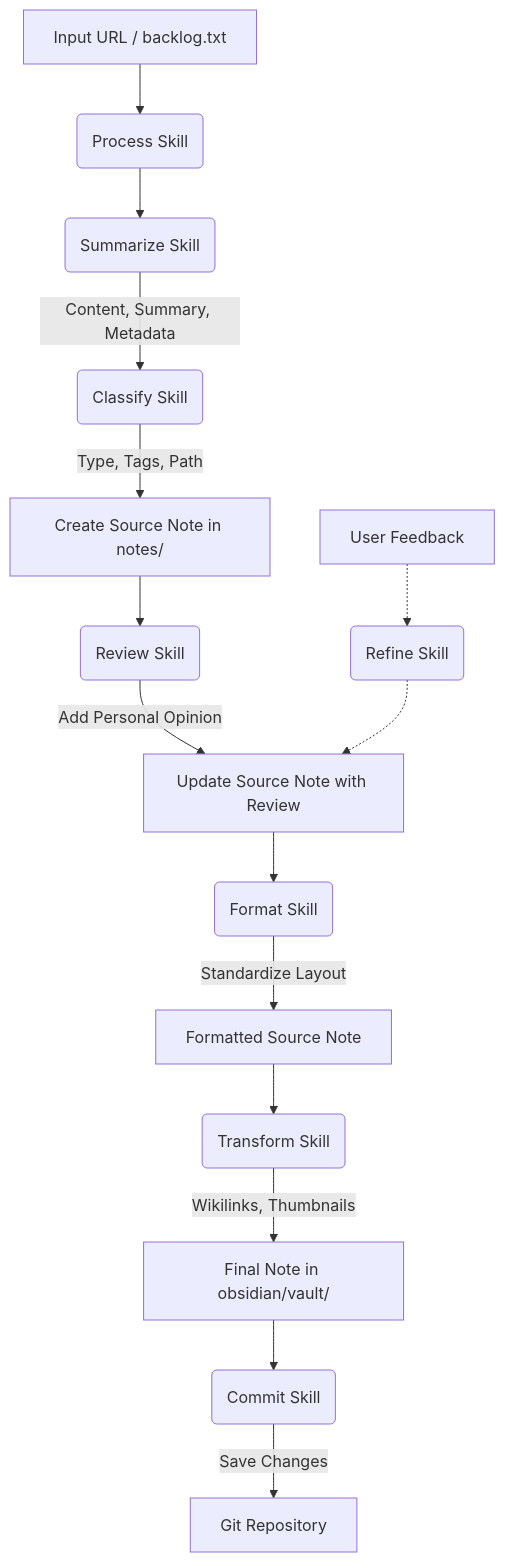
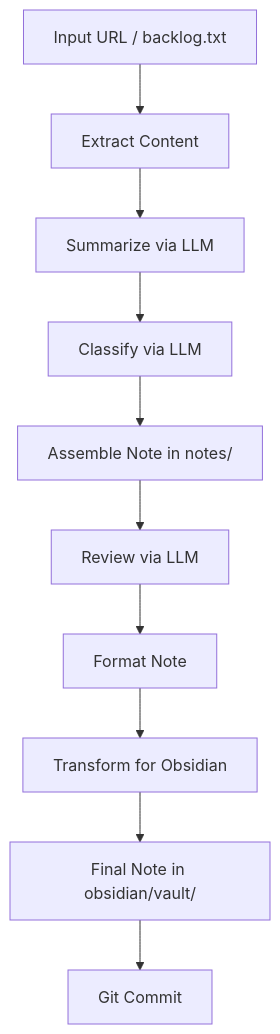
The diagram in README.md (alexandreroman/second-brain-template), drawn with Mermaid before and after one commit. The commit also changed other lines of this file and 64 other files, not shown here.

````diff
--- a/README.md
+++ b/README.md
@@ -54,17 +52,12 @@
 ```mermaid
 graph TD
-    Input[Input URL / backlog.txt] --> Process(Process Skill)
-    Process --> Summarize(Summarize Skill)
-    Summarize -- Content, Summary, Metadata --> Classify(Classify Skill)
-    Classify -- Type, Tags, Path --> CreateNote[Create Source Note in notes/]
-    CreateNote --> Review(Review Skill)
-    Review -- Add Personal Opinion --> UpdateNote[Update Source Note with Review]
-    UpdateNote --> Format(Format Skill)
-    Format -- Standardize Layout --> FormattedNote[Formatted Source Note]
-    FormattedNote --> Transform(Transform Skill)
-    Transform -- Wikilinks, Thumbnails --> Vault[Final Note in obsidian/vault/]
-    Vault --> Commit(Commit Skill)
-    UserFeedback[User Feedback] -.-> Refine(Refine Skill)
-    Refine -.-> UpdateNote
-    Commit -- Save Changes --> Git[Git Repository]
+    Input[Input URL / backlog.txt] --> Extract[Extract Content]
+    Extract --> Summarize[Summarize via LLM]
+    Summarize --> Classify[Classify via LLM]
+    Classify --> Assemble[Assemble Note in notes/]
+    Assemble --> Review[Review via LLM]
+    Review --> Format[Format Note]
+    Format --> Transform[Transform for Obsidian]
+    Transform --> Vault[Final Note in obsidian/vault/]
+    Vault --> Commit[Git Commit]
 ```
````
